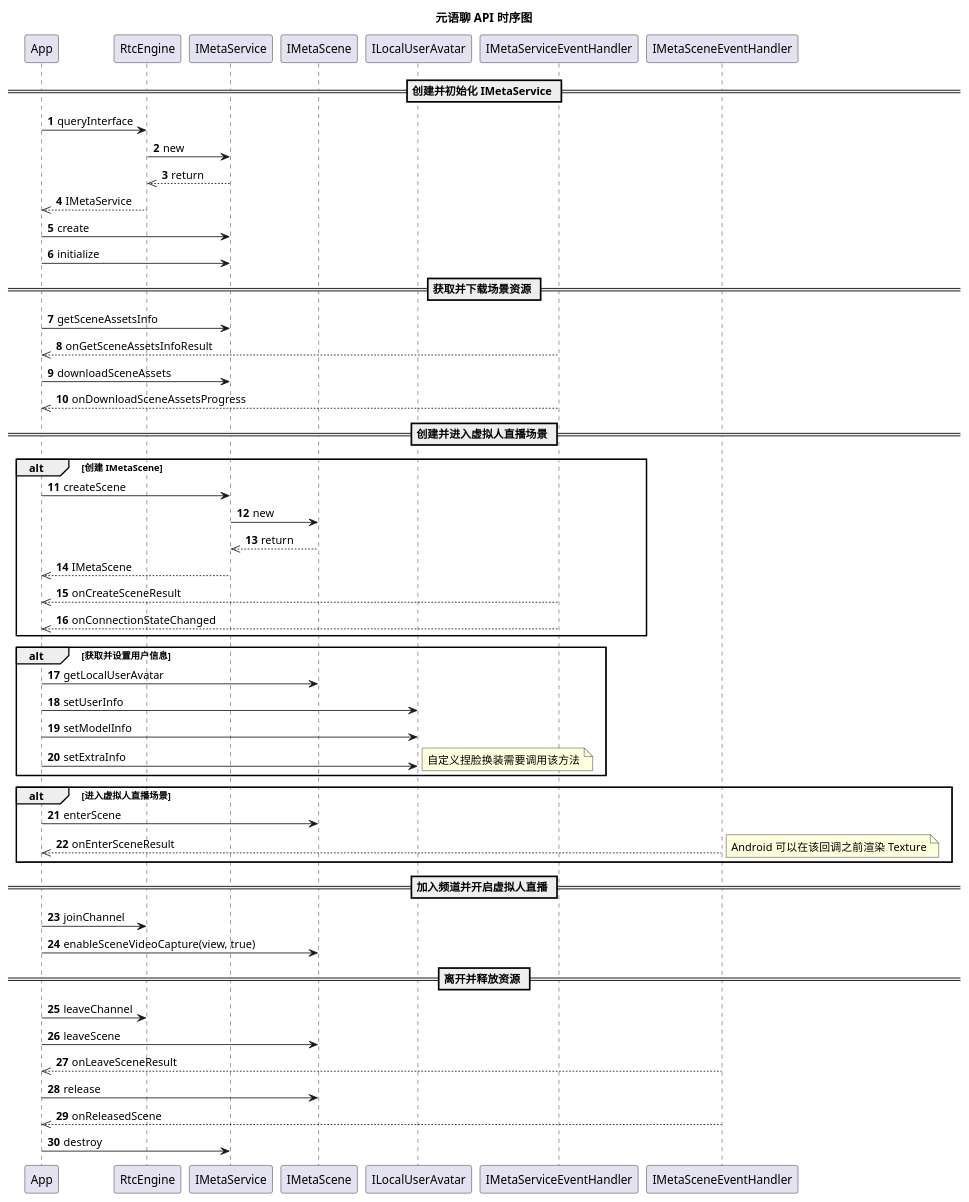
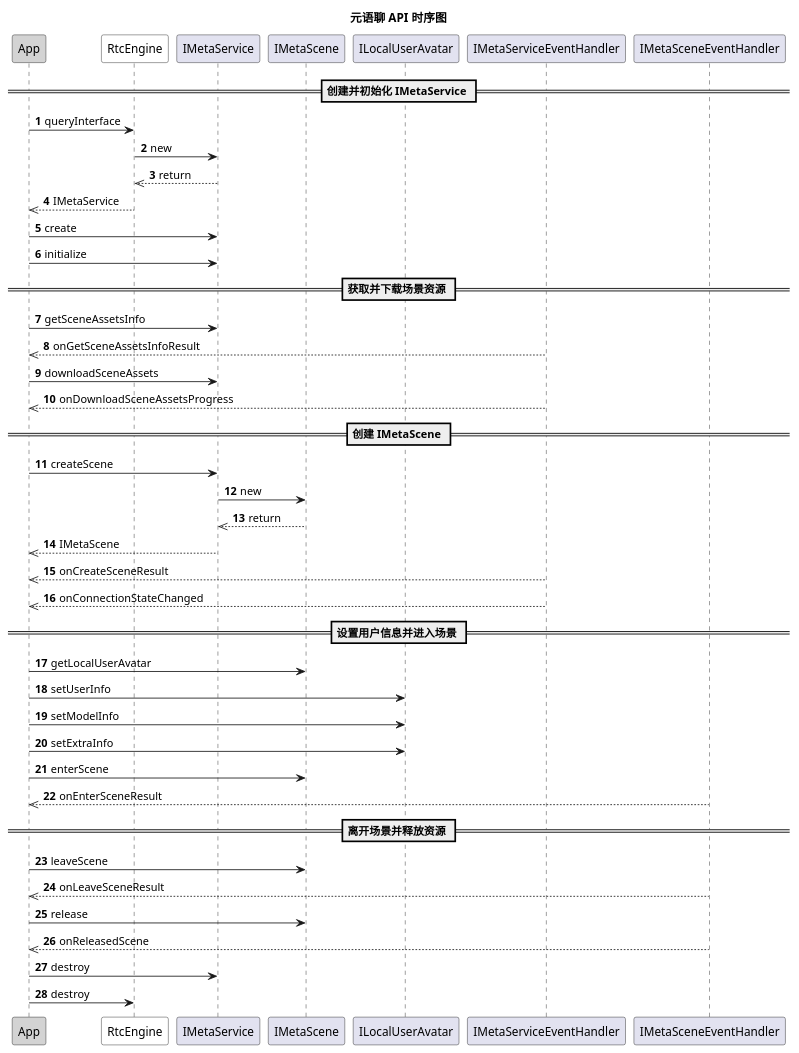
The diagram in markdown/metaworld/pic/android_mc_api.wsd (AgoraIO/agora_doc_source), drawn with PlantUML before and after one commit. The commit also changed 15 other files, not shown here.

```diff
--- a/markdown/metaworld/pic/android_mc_api.wsd
+++ b/markdown/metaworld/pic/android_mc_api.wsd
@@ -1,58 +1,44 @@
 @startuml
 autonumber
 title 元语聊 API 时序图
-participant "App" as app
-participant "RtcEngine" as rtc
+participant "App" as app #LightGrey
+participant "RtcEngine" as rtc #White
 participant "IMetaService" as service
 participant "IMetaScene" as scene
 participant "ILocalUserAvatar" as avatar
 participant "IMetaServiceEventHandler" as serviceevent
 participant "IMetaSceneEventHandler" as sceneevent
 == 创建并初始化 IMetaService ==
 app -> rtc: queryInterface
 rtc -> service: new
 service -->> rtc: return
 rtc -->> app: IMetaService
 app -> service: create
 app -> service: initialize
 == 获取并下载场景资源 ==
 app -> service: getSceneAssetsInfo
 serviceevent -->> app: onGetSceneAssetsInfoResult
 app -> service: downloadSceneAssets
 serviceevent -->> app: onDownloadSceneAssetsProgress
-== 创建并进入虚拟人直播场景 ==
-alt 创建 IMetaScene
+== 创建 IMetaScene ==
 app -> service: createScene
 service -> scene: new
 scene -->> service: return
 service -->> app: IMetaScene
 serviceevent -->> app: onCreateSceneResult
 serviceevent -->> app: onConnectionStateChanged
-end
-alt 获取并设置用户信息
+== 设置用户信息并进入场景 ==
 app -> scene: getLocalUserAvatar
 app -> avatar: setUserInfo
 app -> avatar: setModelInfo
 app -> avatar: setExtraInfo
-note right
-自定义捏脸换装需要调用该方法
-end note
-end
-alt 进入虚拟人直播场景
 app -> scene: enterScene
 sceneevent -->> app: onEnterSceneResult
-note right
-Android 可以在该回调之前渲染 Texture
-end note
-end
-== 加入频道并开启虚拟人直播 ==
-app -> rtc: joinChannel
-app -> scene: enableSceneVideoCapture(view, true)
-== 离开并释放资源 ==
-app -> rtc: leaveChannel
+== 离开场景并释放资源 ==
 app -> scene: leaveScene
 sceneevent -->> app: onLeaveSceneResult
 app -> scene: release
 sceneevent -->> app: onReleasedScene
 app -> service: destroy
+app -> rtc: destroy
 @enduml
```
